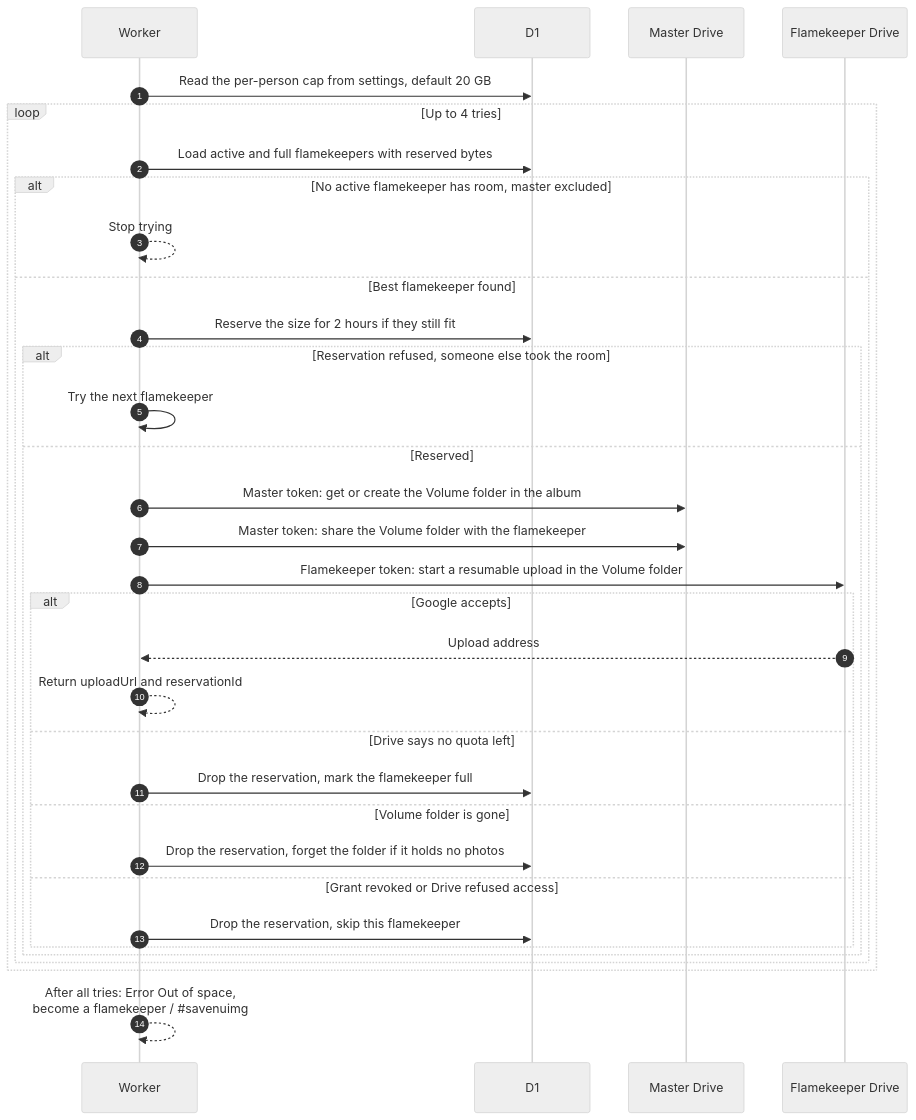
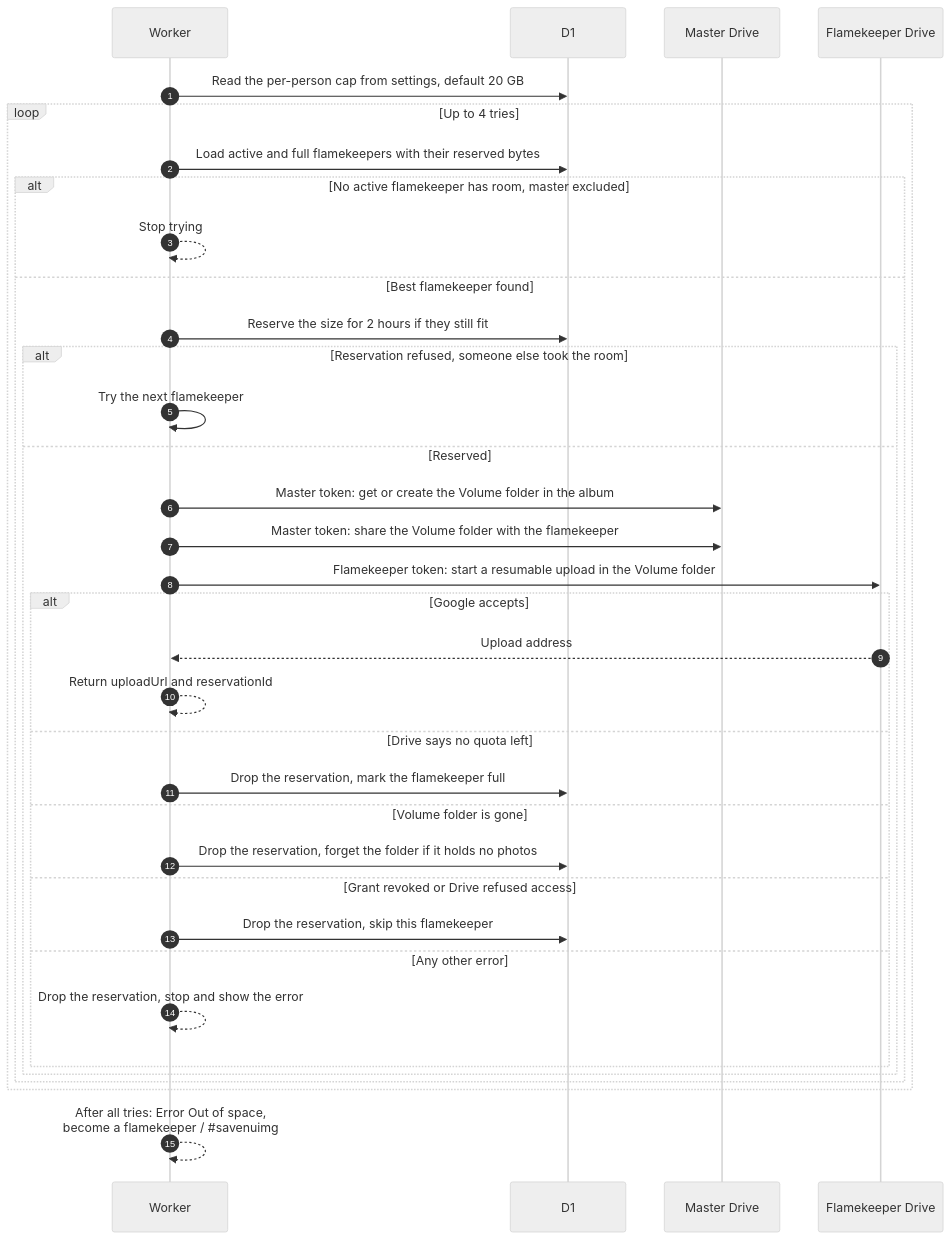
The diagram in docs/scenarios/albums/upload-pick-flamekeeper.md (sagyzdop/meriksirat), drawn with Mermaid (neutral theme) before and after one commit. The commit also changed other lines of this file and 17 other files, not shown here.

Commit message:
docs(scenarios): verify albums diagrams against the code

````diff
--- a/docs/scenarios/albums/upload-pick-flamekeeper.md
+++ b/docs/scenarios/albums/upload-pick-flamekeeper.md
@@ -14,35 +16,37 @@
 ```mermaid
 sequenceDiagram
     autonumber
     participant W as Worker
     participant D as D1
     participant G as Master Drive
     participant F as Flamekeeper Drive
     W->>D: Read the per-person cap from settings, default 20 GB
     loop Up to 4 tries
-        W->>D: Load active and full flamekeepers with reserved bytes
+        W->>D: Load active and full flamekeepers with their reserved bytes
         alt No active flamekeeper has room, master excluded
             W-->>W: Stop trying
         else Best flamekeeper found
             W->>D: Reserve the size for 2 hours if they still fit
             alt Reservation refused, someone else took the room
                 W->>W: Try the next flamekeeper
             else Reserved
                 W->>G: Master token: get or create the Volume folder in the album
                 W->>G: Master token: share the Volume folder with the flamekeeper
                 W->>F: Flamekeeper token: start a resumable upload in the Volume folder
                 alt Google accepts
                     F-->>W: Upload address
                     W-->>W: Return uploadUrl and reservationId
                 else Drive says no quota left
                     W->>D: Drop the reservation, mark the flamekeeper full
                 else Volume folder is gone
                     W->>D: Drop the reservation, forget the folder if it holds no photos
                 else Grant revoked or Drive refused access
                     W->>D: Drop the reservation, skip this flamekeeper
+                else Any other error
+                    W-->>W: Drop the reservation, stop and show the error
                 end
             end
         end
     end
     W-->>W: After all tries: Error Out of space,<br/>become a flamekeeper / #35;savenuimg
 ```
````
